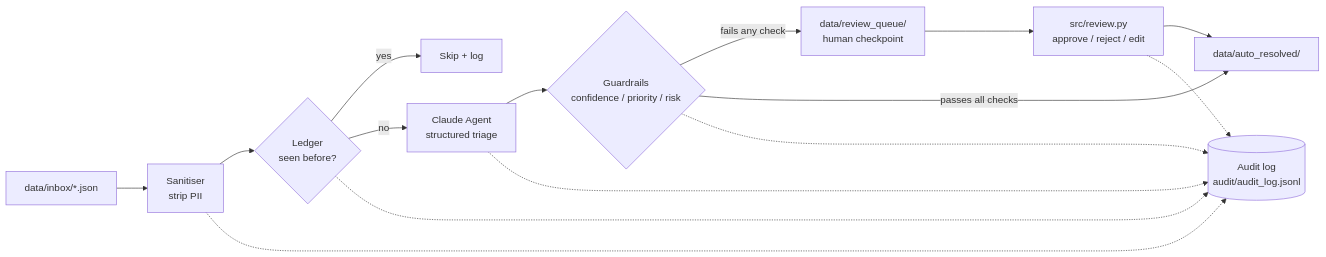
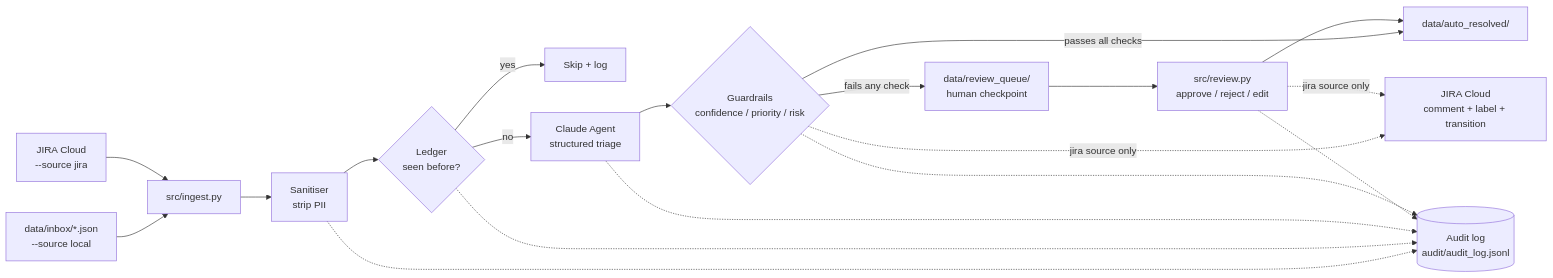
Before and after one commit to harleyoliver/governed-ai-triage: the diagram in README.md, drawn with Mermaid. The commit also changed other lines of this file and 1 other file, not shown here.

````diff
--- a/README.md
+++ b/README.md
@@ -8,17 +8,21 @@
 ```mermaid
 flowchart LR
-    A[data/inbox/*.json] --> B[Sanitiser<br/>strip PII]
+    A[data/inbox/*.json<br/>--source local] --> Ingest[src/ingest.py]
+    A2[JIRA Cloud<br/>--source jira] --> Ingest
+    Ingest --> B[Sanitiser<br/>strip PII]
     B --> C{Ledger<br/>seen before?}
     C -->|yes| D[Skip + log]
     C -->|no| E[Claude Agent<br/>structured triage]
     E --> F{Guardrails<br/>confidence / priority / risk}
     F -->|fails any check| G[data/review_queue/<br/>human checkpoint]
     F -->|passes all checks| H[data/auto_resolved/]
     G --> I[src/review.py<br/>approve / reject / edit]
     I --> H
+    F -.->|jira source only| K[JIRA Cloud<br/>comment + label + transition]
+    I -.->|jira source only| K
     B -.-> J[(Audit log<br/>audit/audit_log.jsonl)]
     C -.-> J
     E -.-> J
     F -.-> J
     I -.-> J
 ```
````
